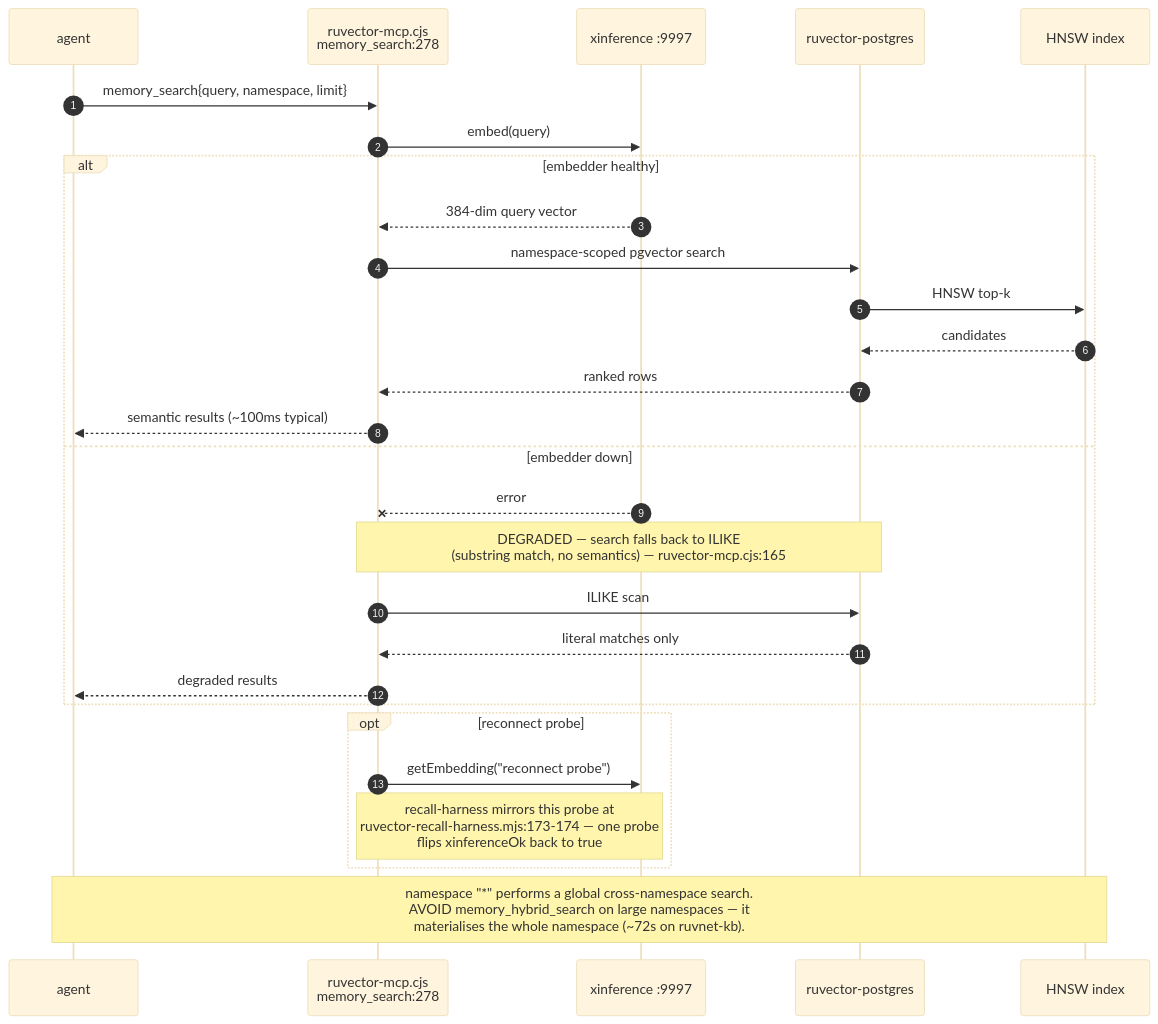
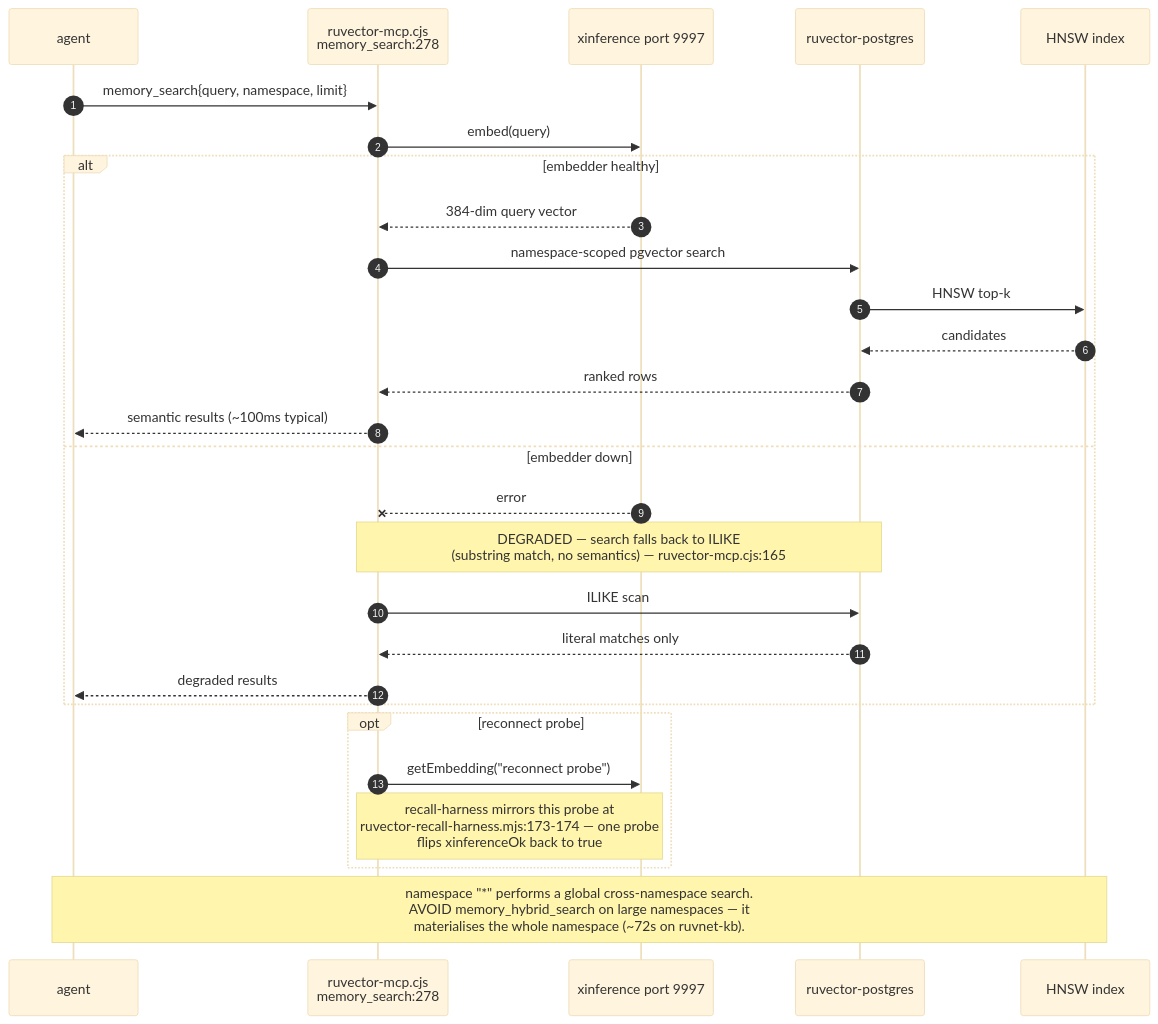
The third of 9 diagrams in docs/diagrams/estate/07-memory-and-embedding-estate.md (DreamLab-AI/VisionFlow), drawn with Mermaid (base theme) before and after one commit. The commit also changed other lines of this file and 51 other files, not shown here.

First line of the commit message:
docs(diagrams): agentbox AB-01..13 re-attested anchor by anchor (980 anchors, 22 defects); checkpoint against an out-of-mesh writer

````diff
--- a/docs/diagrams/estate/07-memory-and-embedding-estate.md
+++ b/docs/diagrams/estate/07-memory-and-embedding-estate.md
@@ -100,31 +100,31 @@
 ```mermaid
 sequenceDiagram
     autonumber
     participant A as agent
     participant M as ruvector-mcp.cjs<br/>memory_search:278
-    participant X as xinference :9997
+    participant X as xinference port 9997
     participant P as ruvector-postgres
     participant H as HNSW index
 
     A->>M: memory_search{query, namespace, limit}
     M->>X: embed(query)
     alt embedder healthy
         X-->>M: 384-dim query vector
         M->>P: namespace-scoped pgvector search
         P->>H: HNSW top-k
         H-->>P: candidates
         P-->>M: ranked rows
         M-->>A: semantic results (~100ms typical)
     else embedder down
         X--xM: error
         Note over M,P: DEGRADED — search falls back to ILIKE<br/>(substring match, no semantics) — ruvector-mcp.cjs:165
         M->>P: ILIKE scan
         P-->>M: literal matches only
         M-->>A: degraded results
     end
     opt reconnect probe
         M->>X: getEmbedding("reconnect probe")
         Note over M,X: recall-harness mirrors this probe at<br/>ruvector-recall-harness.mjs:173-174 — one probe<br/>flips xinferenceOk back to true
     end
     Note over A,H: namespace "*" performs a global cross-namespace search.<br/>AVOID memory_hybrid_search on large namespaces — it<br/>materialises the whole namespace (~72s on ruvnet-kb).
 ```
````
